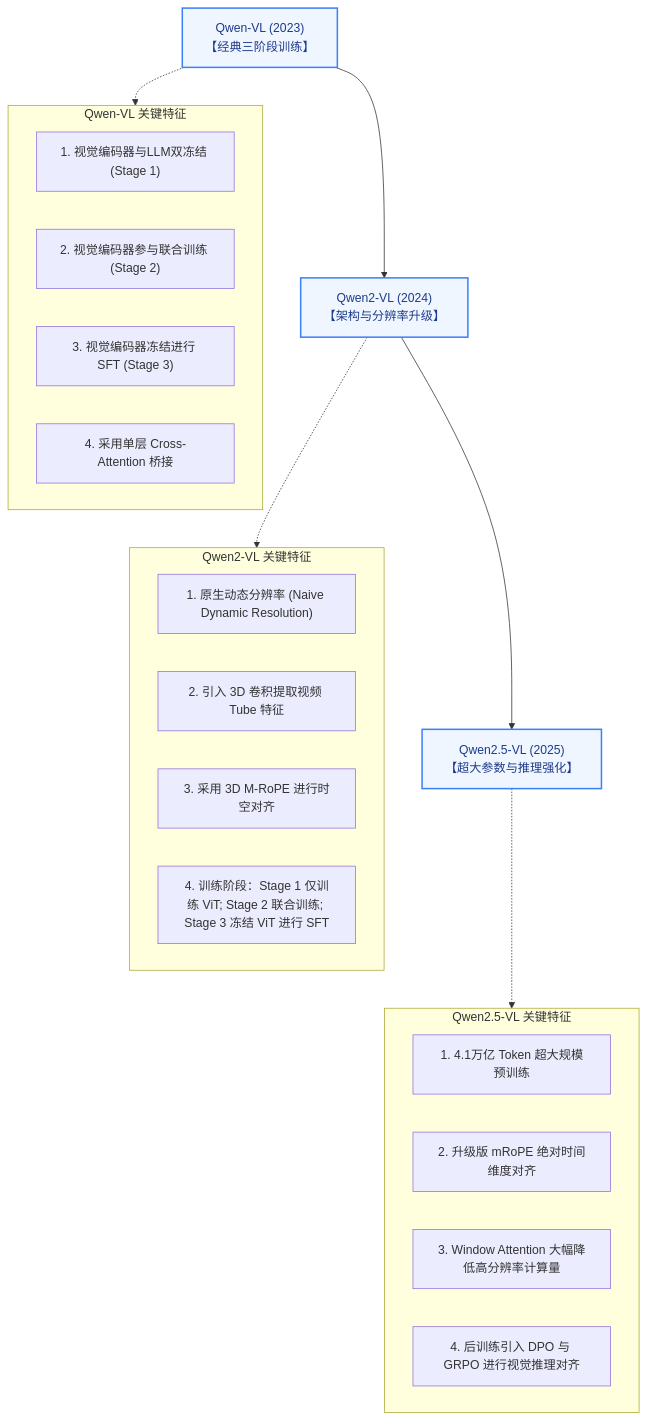
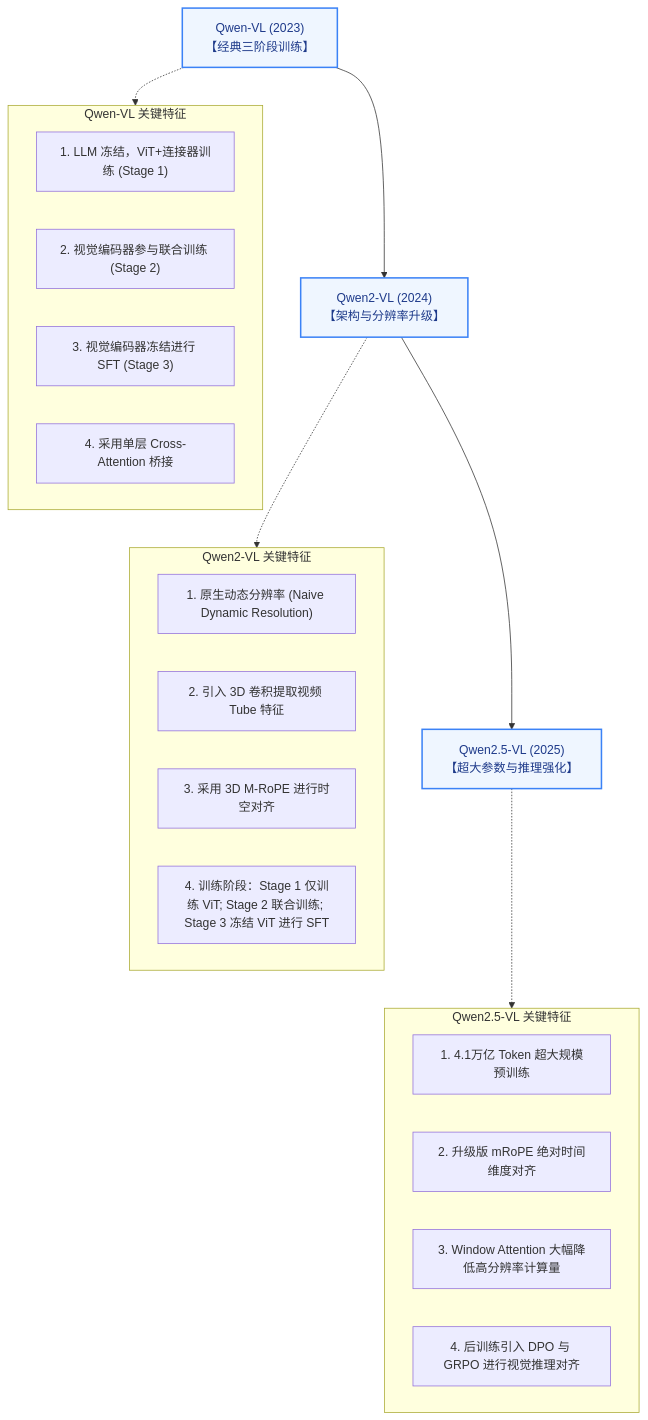
The seventh of 7 diagrams in _posts/2026-03-05-VLM-Survey.md (TingdeLiu/tingdeliu.github.io), drawn with Mermaid before and after one commit. The commit also changed other lines of this file, not shown here.

````diff
--- a/_posts/2026-03-05-VLM-Survey.md
+++ b/_posts/2026-03-05-VLM-Survey.md
@@ -860,32 +877,32 @@
 ```mermaid
 flowchart TD
     %% Timeline implemented as flowchart
     classDef qwen fill:#eff6ff,stroke:#3b82f6,stroke-width:2px,color:#1e3a8a;
 
     V1["Qwen-VL (2023)\n【经典三阶段训练】"]:::qwen --> V2["Qwen2-VL (2024)\n【架构与分辨率升级】"]:::qwen --> V3["Qwen2.5-VL (2025)\n【超大参数与推理强化】"]:::qwen
 
     subgraph Details1 ["Qwen-VL 关键特征"]
-        D1_1["1. 视觉编码器与LLM双冻结 (Stage 1)"]
+        D1_1["1. LLM 冻结，ViT+连接器训练 (Stage 1)"]
         D1_2["2. 视觉编码器参与联合训练 (Stage 2)"]
         D1_3["3. 视觉编码器冻结进行 SFT (Stage 3)"]
         D1_4["4. 采用单层 Cross-Attention 桥接"]
     end
 
     subgraph Details2 ["Qwen2-VL 关键特征"]
         D2_1["1. 原生动态分辨率 (Naive Dynamic Resolution)"]
         D2_2["2. 引入 3D 卷积提取视频 Tube 特征"]
         D2_3["3. 采用 3D M-RoPE 进行时空对齐"]
         D2_4["4. 训练阶段：Stage 1 仅训练 ViT; Stage 2 联合训练; Stage 3 冻结 ViT 进行 SFT"]
     end
 
     subgraph Details3 ["Qwen2.5-VL 关键特征"]
         D3_1["1. 4.1万亿 Token 超大规模预训练"]
         D3_2["2. 升级版 mRoPE 绝对时间维度对齐"]
         D3_3["3. Window Attention 大幅降低高分辨率计算量"]
         D3_4["4. 后训练引入 DPO 与 GRPO 进行视觉推理对齐"]
     end
 
     V1 -.-> Details1
     V2 -.-> Details2
     V3 -.-> Details3
 ```
````
